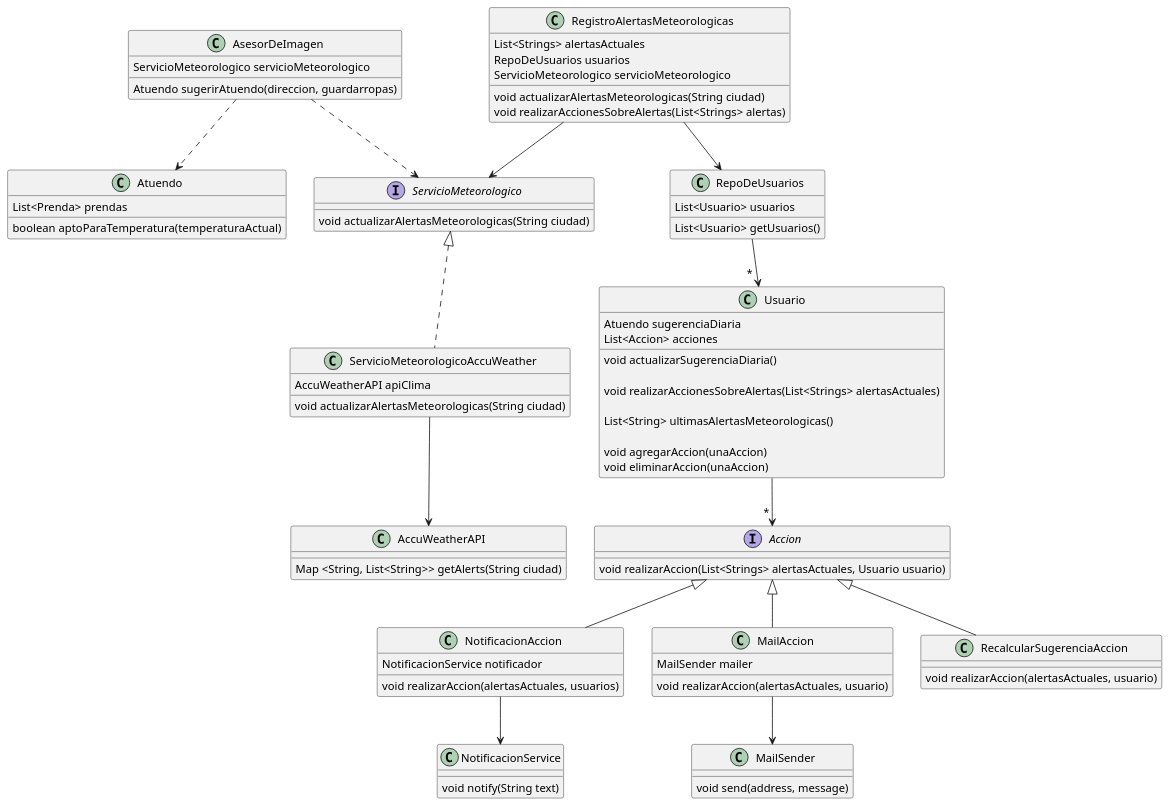
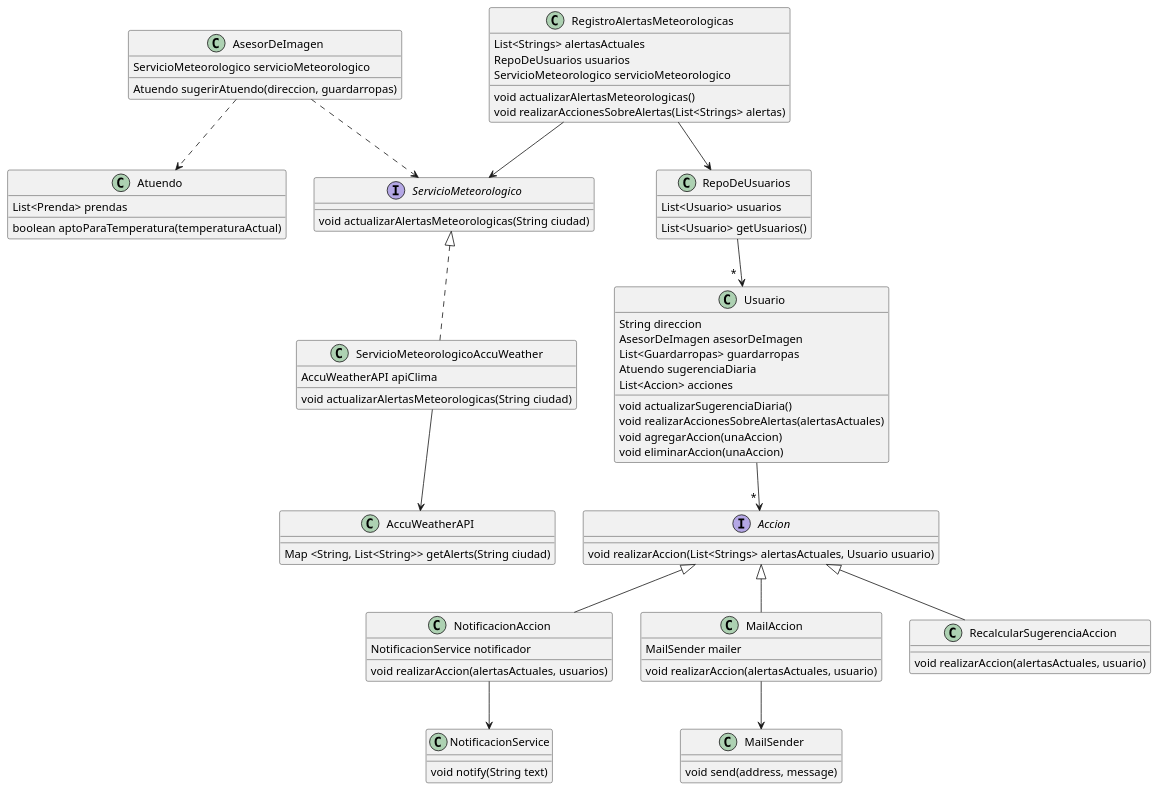
One commit to alesiosaba/QueMePongo-Grupo-16 changed the diagram in diagramas - plantuml/[QMP6].plantuml. Above: the diagram before and after it, drawn with PlantUML. The commit also changed 11 other files, not shown here.

```diff
--- a/diagramas - plantuml/[QMP6].plantuml
+++ b/diagramas - plantuml/[QMP6].plantuml
@@ -1,113 +1,112 @@
 @startuml
 
 AsesorDeImagen ..> ServicioMeteorologico
 AsesorDeImagen ..> Atuendo
 
 class AsesorDeImagen {
     ServicioMeteorologico servicioMeteorologico
 
     Atuendo sugerirAtuendo(direccion, guardarropas)
 }
 
 class ServicioMeteorologicoAccuWeather {
     AccuWeatherAPI apiClima
 
     void actualizarAlertasMeteorologicas(String ciudad)
 }
 
 ServicioMeteorologicoAccuWeather --> AccuWeatherAPI
 
 class AccuWeatherAPI {
     Map <String, List<String>> getAlerts(String ciudad)
 }
 
 interface ServicioMeteorologico {
     void actualizarAlertasMeteorologicas(String ciudad)
 }
 
 ServicioMeteorologico <|..  ServicioMeteorologicoAccuWeather
 
 class Atuendo {
     List<Prenda> prendas
     boolean aptoParaTemperatura(temperaturaActual)
 }
 
 RepoDeUsuarios --> "  *  " Usuario
 
 class RepoDeUsuarios {
     List<Usuario> usuarios
 
     List<Usuario> getUsuarios()
 }
 
 class Usuario {
+    String direccion
+    AsesorDeImagen asesorDeImagen
+    List<Guardarropas> guardarropas
     Atuendo sugerenciaDiaria
     List<Accion> acciones
 
     void actualizarSugerenciaDiaria()
-
-    void realizarAccionesSobreAlertas(List<Strings> alertasActuales)
-
-    List<String> ultimasAlertasMeteorologicas()
-
+    void realizarAccionesSobreAlertas(alertasActuales)
     void agregarAccion(unaAccion)
     void eliminarAccion(unaAccion)
 
 }
 
 Usuario --> " * " Accion
 
 interface Accion {
     void realizarAccion(List<Strings> alertasActuales, Usuario usuario)
 }
 
 Accion <|-- NotificacionAccion
 
 class NotificacionAccion {
     NotificacionService notificador
 
     void realizarAccion(alertasActuales, usuarios)
 }
 
 NotificacionAccion --> NotificacionService
 
 class NotificacionService{
    void notify(String text)
 }
 
 Accion <|-- MailAccion
 
 class MailAccion {
     MailSender mailer
 
     void realizarAccion(alertasActuales, usuario)
 }
 
 MailAccion --> MailSender
 
 class MailSender {
     void send(address, message)
 }
 
 
 
 Accion <|-- RecalcularSugerenciaAccion
 
 class RecalcularSugerenciaAccion {
     void realizarAccion(alertasActuales, usuario)
 }
 
 RegistroAlertasMeteorologicas --> RepoDeUsuarios
 
 class RegistroAlertasMeteorologicas {
     List<Strings> alertasActuales
     RepoDeUsuarios usuarios
     ServicioMeteorologico servicioMeteorologico
 
-    void actualizarAlertasMeteorologicas(String ciudad)
+    void actualizarAlertasMeteorologicas()
     void realizarAccionesSobreAlertas(List<Strings> alertas)
 }
 
 RegistroAlertasMeteorologicas --> ServicioMeteorologico
 
 @enduml
```
